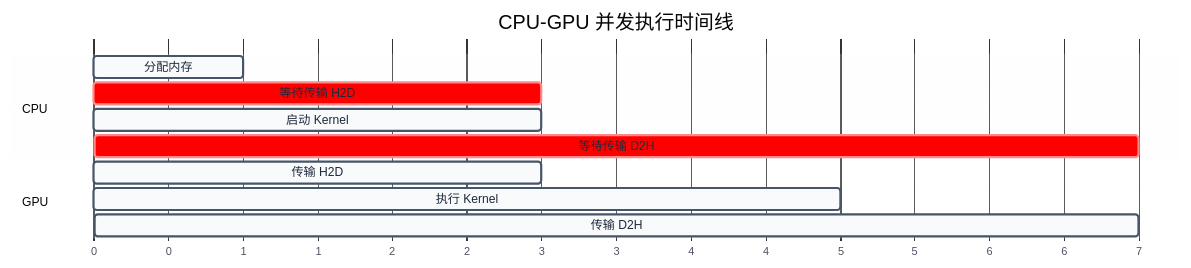
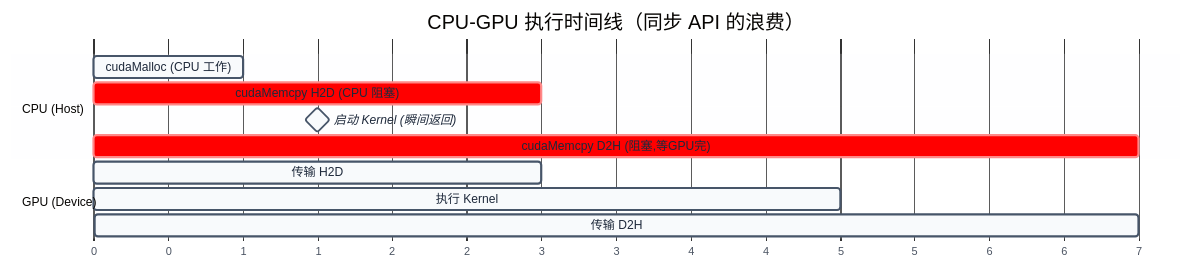
Before and after one commit to swjtuer326/cs-learning-notes: the second of 7 diagrams in cuda/04-执行模型与同步机制.md, drawn with Mermaid. The commit also changed other lines of this file and 5 other files, not shown here.

````diff
--- a/cuda/04-执行模型与同步机制.md
+++ b/cuda/04-执行模型与同步机制.md
@@ -176,18 +176,18 @@
 ```mermaid
 %%{init: {"theme": "base", "themeVariables": {"primaryColor": "#f8fafc", "primaryTextColor": "#1e293b", "primaryBorderColor": "#475569", "lineColor": "#64748b", "secondaryColor": "#f1f5f9", "secondaryBorderColor": "#94a3b8", "tertiaryColor": "#f8fafc", "fontFamily": "\"trebuchet ms\", verdana, arial, sans-serif"}}}%%
 gantt
-    title CPU-GPU 并发执行时间线
+    title CPU-GPU 执行时间线（同步 API 的浪费）
     dateFormat X
     axisFormat %s
     
-    section CPU
-    分配内存        :0, 1
-    等待传输 H2D    :crit, 1, 3
-    启动 Kernel     :2, 3
-    等待传输 D2H    :crit, 5, 7
+    section CPU (Host)
+    cudaMalloc (CPU 工作)           :0, 1
+    cudaMemcpy H2D (CPU 阻塞)       :crit, 1, 3
+    启动 Kernel (瞬间返回)          :milestone, 3, 3
+    cudaMemcpy D2H (阻塞,等GPU完)   :crit, 3, 7
     
-    section GPU
-    传输 H2D        :1, 3
-    执行 Kernel     :3, 5
-    传输 D2H        :5, 7
+    section GPU (Device)
+    传输 H2D                        :1, 3
+    执行 Kernel                     :3, 5
+    传输 D2H                        :5, 7
 ```
````
